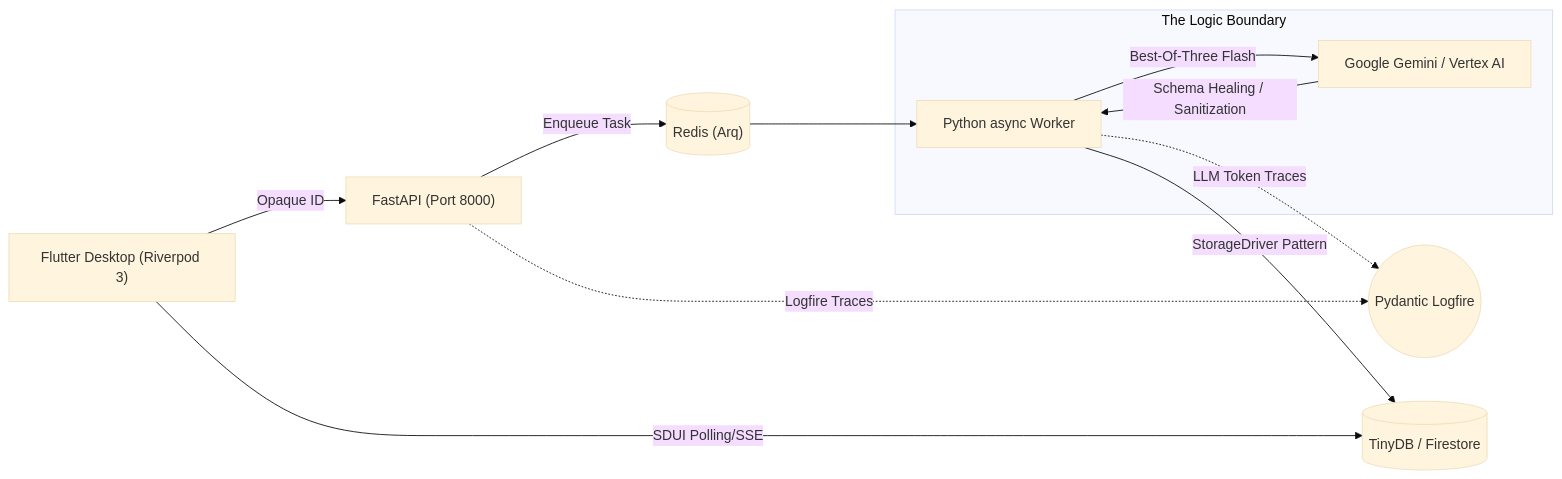
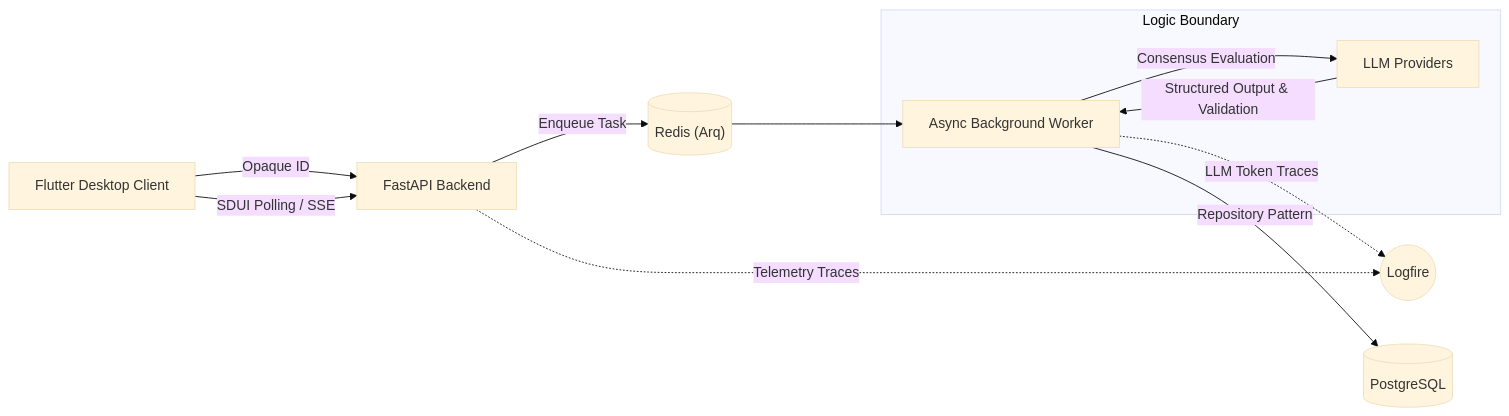
One commit to launis/quorum changed the diagram in README.md. Above: the diagram before and after it, drawn with Mermaid (base theme). The commit also changed other lines of this file and 1 other file, not shown here.

First line of the commit message:
docs(readme): remove version references and point exclusively to docs/architecture

````diff
--- a/README.md
+++ b/README.md
@@ -49,17 +32,17 @@
 ```mermaid
 flowchart LR
-    UI["Flutter Desktop (Riverpod 3)"] -->|Opaque ID| API["FastAPI (Port 8000)"]
+    UI["Flutter Desktop Client"] -->|Opaque ID| API["FastAPI Backend"]
     API -->|Enqueue Task| Redis[("Redis (Arq)")]
-    Redis --> Worker["Python async Worker"]
-    
-    API -.->|"Logfire Traces"| Cloud(("Pydantic Logfire"))
+    Redis --> Worker["Async Background Worker"]
+
+    API -.->|"Telemetry Traces"| Cloud(("Logfire"))
     Worker -.->|"LLM Token Traces"| Cloud
 
-    subgraph The Logic Boundary
-        Worker -->|"Best-Of-Three Flash"| LLM[Google Gemini / Vertex AI]
-        LLM -->|"Schema Healing / Sanitization"| Worker
+    subgraph Logic Boundary
+        Worker -->|"Consensus Evaluation"| LLM["LLM Providers"]
+        LLM -->|"Structured Output & Validation"| Worker
     end
 
-    Worker -->|"StorageDriver Pattern"| DB[("TinyDB / Firestore")]
-    UI -->|"SDUI Polling/SSE"| DB
+    Worker -->|"Repository Pattern"| DB[("PostgreSQL")]
+    UI -->|"SDUI Polling / SSE"| API
 ```
````
